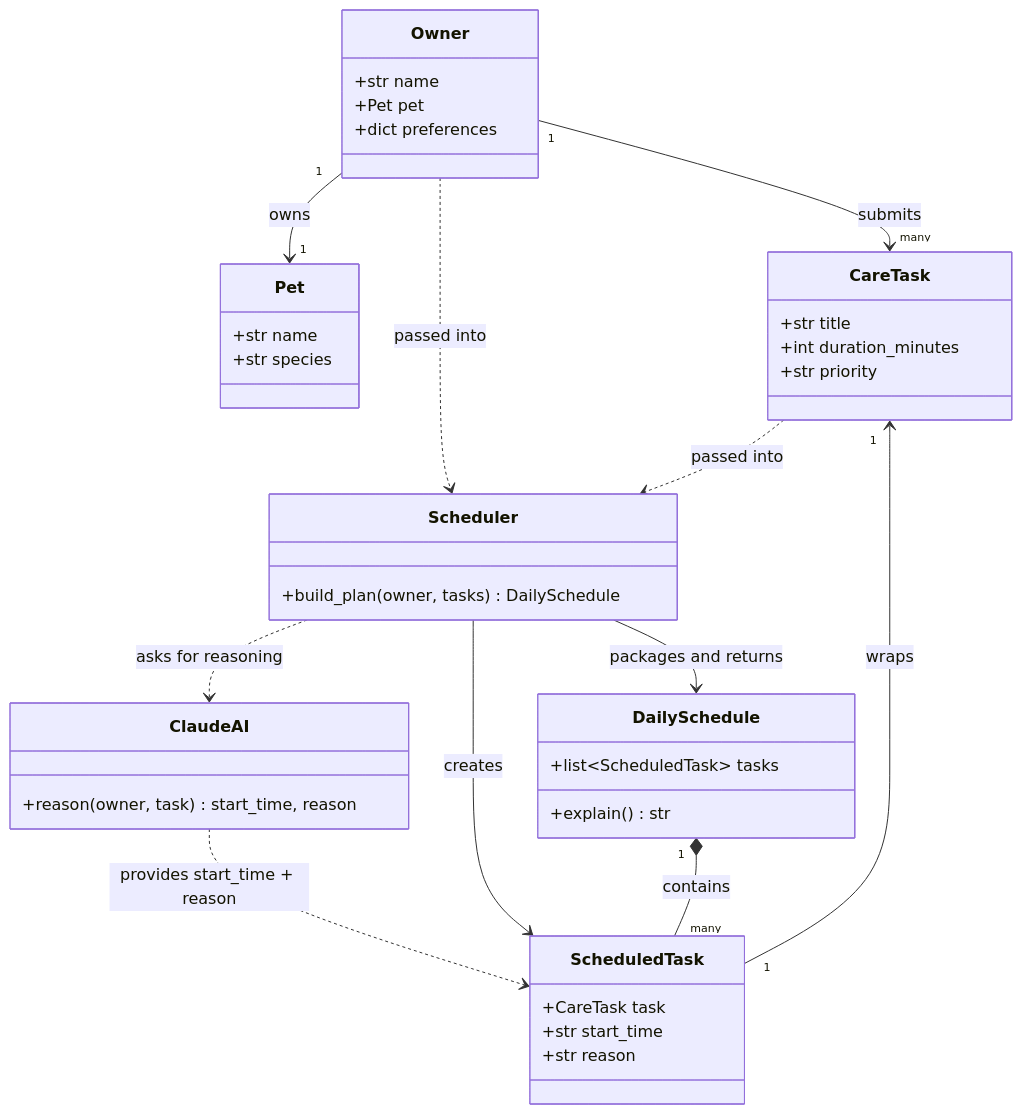
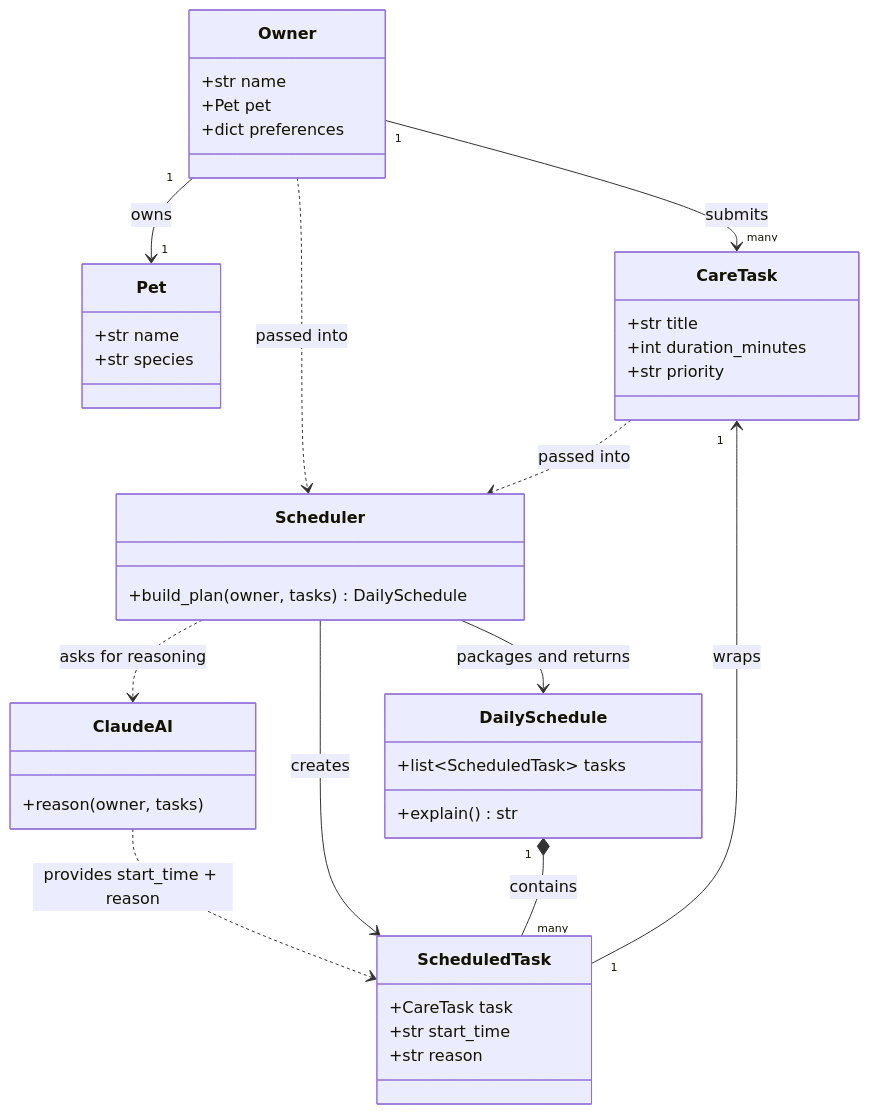
One commit to JohnQuiruz/ai110-module2show-pawpal-starter changed the diagram in class_diagram.mmd. Above: the diagram before and after it, drawn with Mermaid. The commit also changed 1 other file, not shown here.

```diff
--- a/class_diagram.mmd
+++ b/class_diagram.mmd
@@ -1,47 +1,47 @@
 classDiagram
     class Owner {
         +str name
         +Pet pet
         +dict preferences
     }
 
     class Pet {
         +str name
         +str species
     }
 
     class CareTask {
         +str title
         +int duration_minutes
         +str priority
     }
 
     class ScheduledTask {
         +CareTask task
         +str start_time
         +str reason
     }
 
     class DailySchedule {
         +list~ScheduledTask~ tasks
         +explain() str
     }
 
     class Scheduler {
         +build_plan(owner, tasks) DailySchedule
     }
 
     class ClaudeAI {
-        +reason(owner, task) start_time, reason
+        +reason(owner, tasks)
     }
 
     Owner "1" --> "1" Pet : owns
     Owner "1" --> "many" CareTask : submits
     Owner ..> Scheduler : passed into
     CareTask ..> Scheduler : passed into
     Scheduler ..> ClaudeAI : asks for reasoning
     ClaudeAI ..> ScheduledTask : provides start_time + reason
     Scheduler --> ScheduledTask : creates
     Scheduler --> DailySchedule : packages and returns
     DailySchedule "1" *-- "many" ScheduledTask : contains
     ScheduledTask "1" --> "1" CareTask : wraps
```
